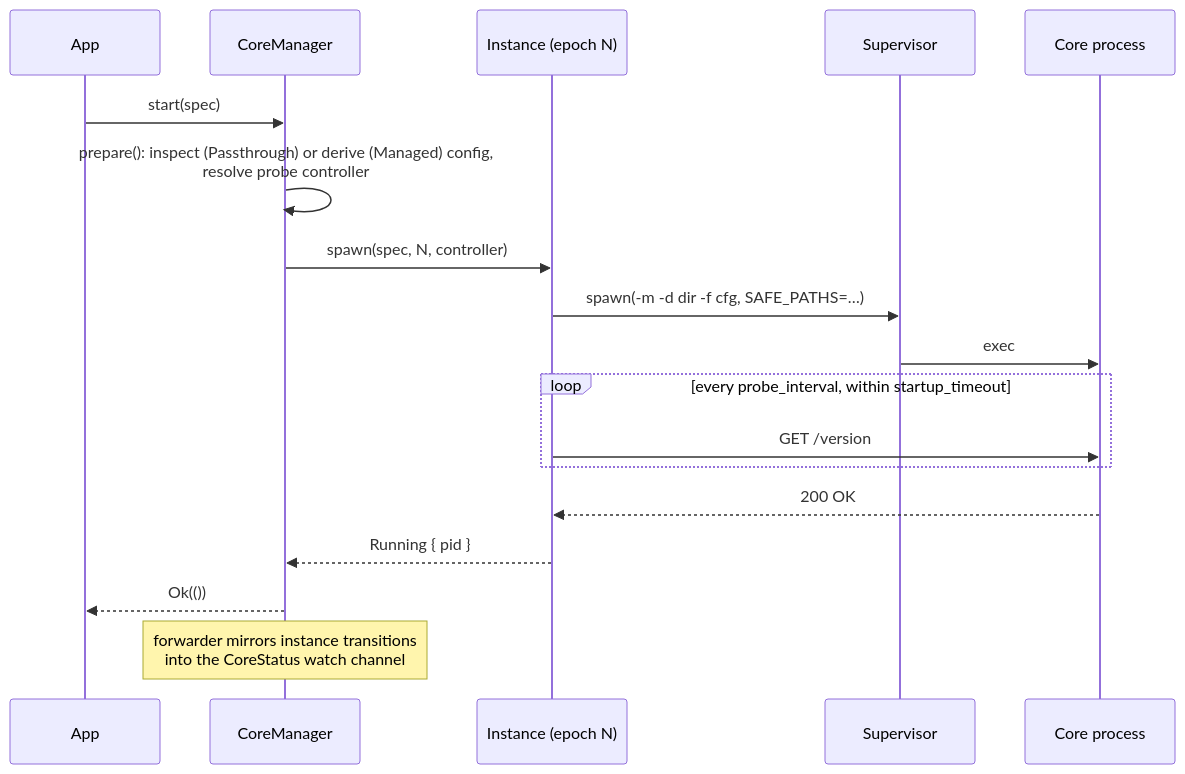
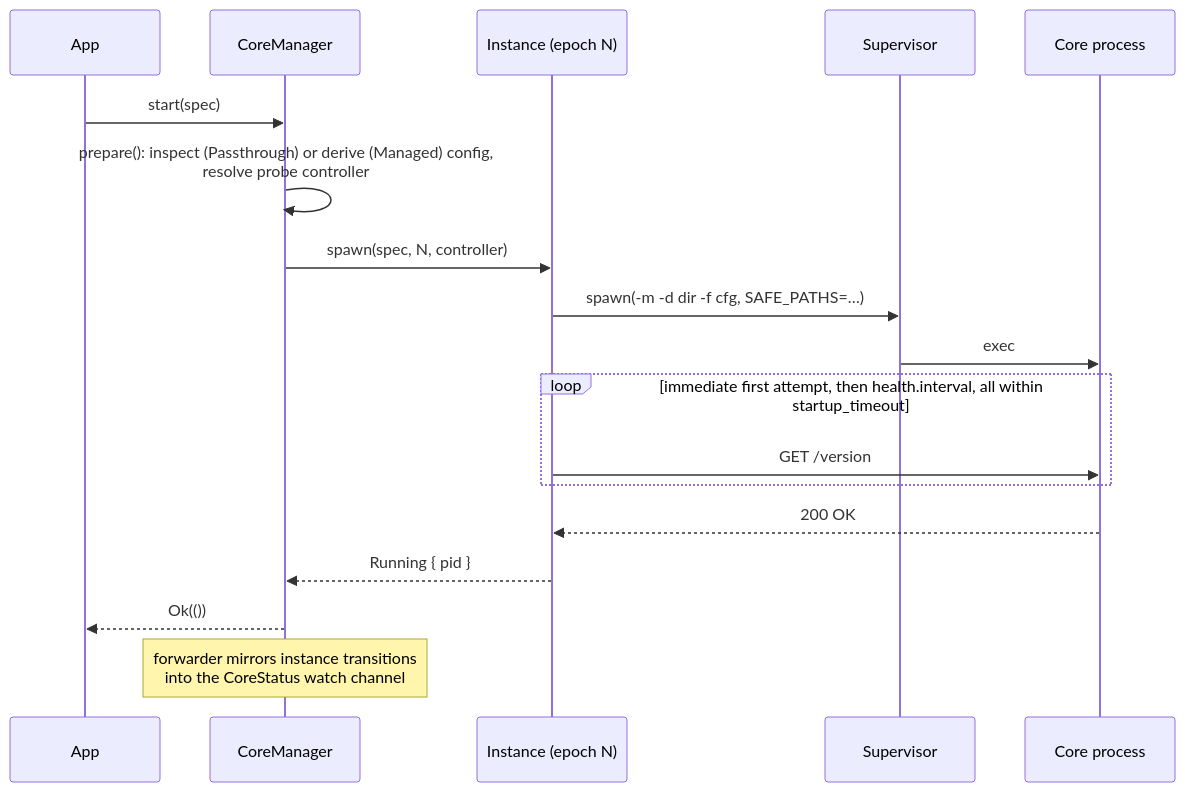
The third of 5 diagrams in crates/nyanpasu-core-manager/README.md (libnyanpasu/nyanpasu-service), drawn with Mermaid before and after one commit. The commit also changed other lines of this file and 17 other files, not shown here.

First line of the commit message:
Merge pull request #381 from libnyanpasu/feat/core-manager-health-probe

````diff
--- a/crates/nyanpasu-core-manager/README.md
+++ b/crates/nyanpasu-core-manager/README.md
@@ -92,21 +114,21 @@
 ```mermaid
 sequenceDiagram
     participant App
     participant M as CoreManager
     participant I as Instance (epoch N)
     participant S as Supervisor
     participant C as Core process
 
     App->>M: start(spec)
     M->>M: prepare(): inspect (Passthrough) or derive (Managed) config,<br/>resolve probe controller
     M->>I: spawn(spec, N, controller)
     I->>S: spawn(-m -d dir -f cfg, SAFE_PATHS=…)
     S->>C: exec
-    loop every probe_interval, within startup_timeout
+    loop immediate first attempt, then health.interval, all within startup_timeout
         I->>C: GET /version
     end
     C-->>I: 200 OK
     I-->>M: Running { pid }
     M-->>App: Ok(())
     Note over M: forwarder mirrors instance transitions<br/>into the CoreStatus watch channel
 ```
````
